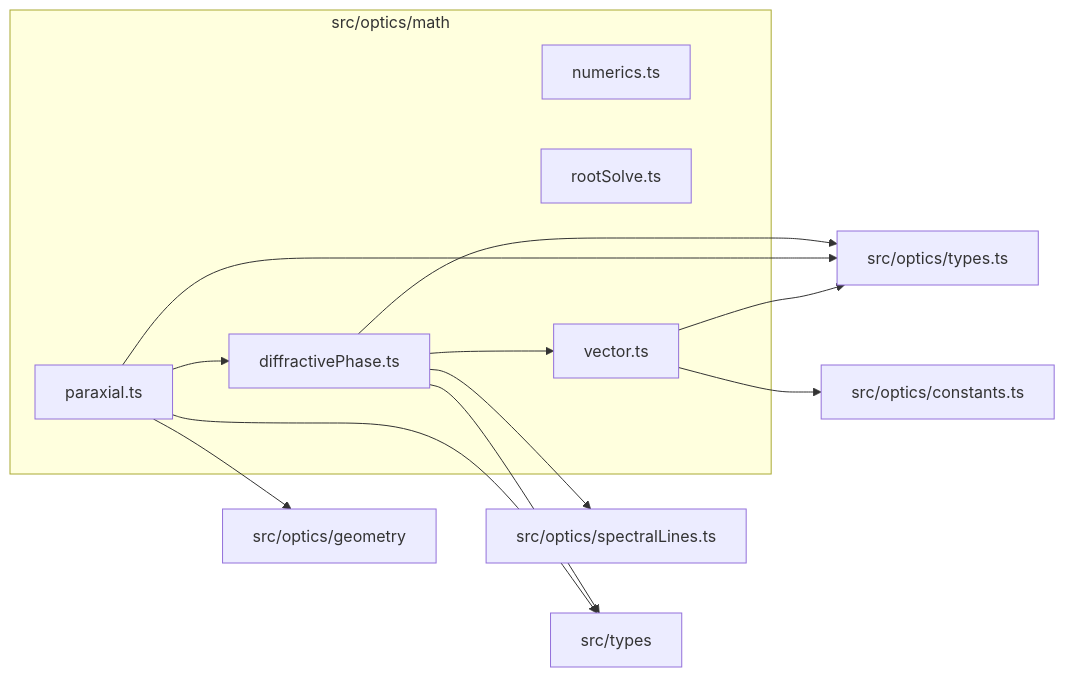
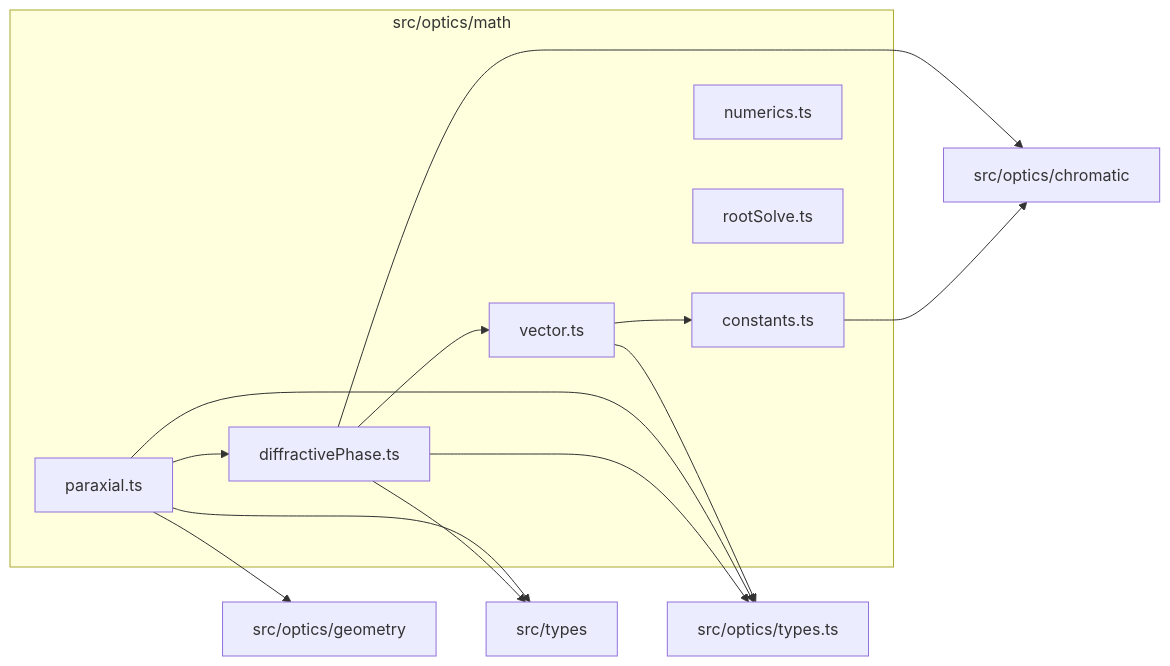
The diagram in src/optics/math/readme.md (ronbuening/LensVisualizer), drawn with Mermaid before and after one commit. The commit also changed other lines of this file and 439 other files, not shown here.

````diff
--- a/src/optics/math/readme.md
+++ b/src/optics/math/readme.md
@@ -9,25 +9,26 @@
 ```mermaid
 flowchart LR
   subgraph n_src_optics_math["src/optics/math"]
+    n_src_optics_math_src_optics_math_constants_ts["constants.ts"]
     n_src_optics_math_src_optics_math_diffractivePhase_ts["diffractivePhase.ts"]
     n_src_optics_math_src_optics_math_numerics_ts["numerics.ts"]
     n_src_optics_math_src_optics_math_paraxial_ts["paraxial.ts"]
     n_src_optics_math_src_optics_math_rootSolve_ts["rootSolve.ts"]
     n_src_optics_math_src_optics_math_vector_ts["vector.ts"]
   end
-  n_external_src_optics_constants_ts["src/optics/constants.ts"]
+  n_external_src_optics_chromatic["src/optics/chromatic"]
   n_external_src_optics_geometry["src/optics/geometry"]
-  n_external_src_optics_spectralLines_ts["src/optics/spectralLines.ts"]
   n_external_src_optics_types_ts["src/optics/types.ts"]
   n_external_src_types["src/types"]
-  n_src_optics_math_src_optics_math_vector_ts --> n_external_src_optics_constants_ts
+  n_src_optics_math_src_optics_math_constants_ts --> n_external_src_optics_chromatic
+  n_src_optics_math_src_optics_math_diffractivePhase_ts --> n_external_src_optics_chromatic
   n_src_optics_math_src_optics_math_paraxial_ts --> n_external_src_optics_geometry
-  n_src_optics_math_src_optics_math_diffractivePhase_ts --> n_external_src_optics_spectralLines_ts
   n_src_optics_math_src_optics_math_diffractivePhase_ts --> n_external_src_optics_types_ts
   n_src_optics_math_src_optics_math_paraxial_ts --> n_external_src_optics_types_ts
   n_src_optics_math_src_optics_math_vector_ts --> n_external_src_optics_types_ts
   n_src_optics_math_src_optics_math_diffractivePhase_ts --> n_external_src_types
   n_src_optics_math_src_optics_math_paraxial_ts --> n_external_src_types
+  n_src_optics_math_src_optics_math_vector_ts --> n_src_optics_math_src_optics_math_constants_ts
   n_src_optics_math_src_optics_math_paraxial_ts --> n_src_optics_math_src_optics_math_diffractivePhase_ts
   n_src_optics_math_src_optics_math_diffractivePhase_ts --> n_src_optics_math_src_optics_math_vector_ts
 ```
````
